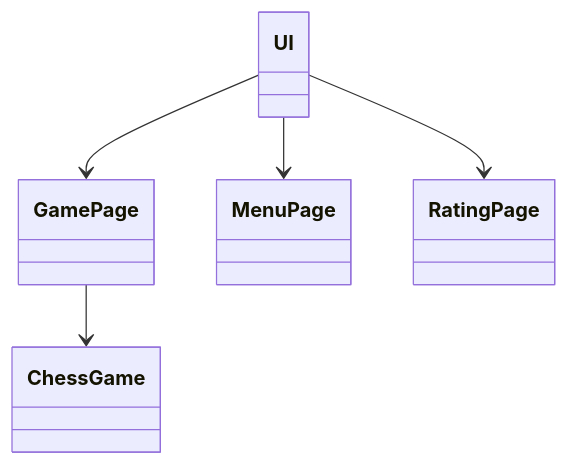
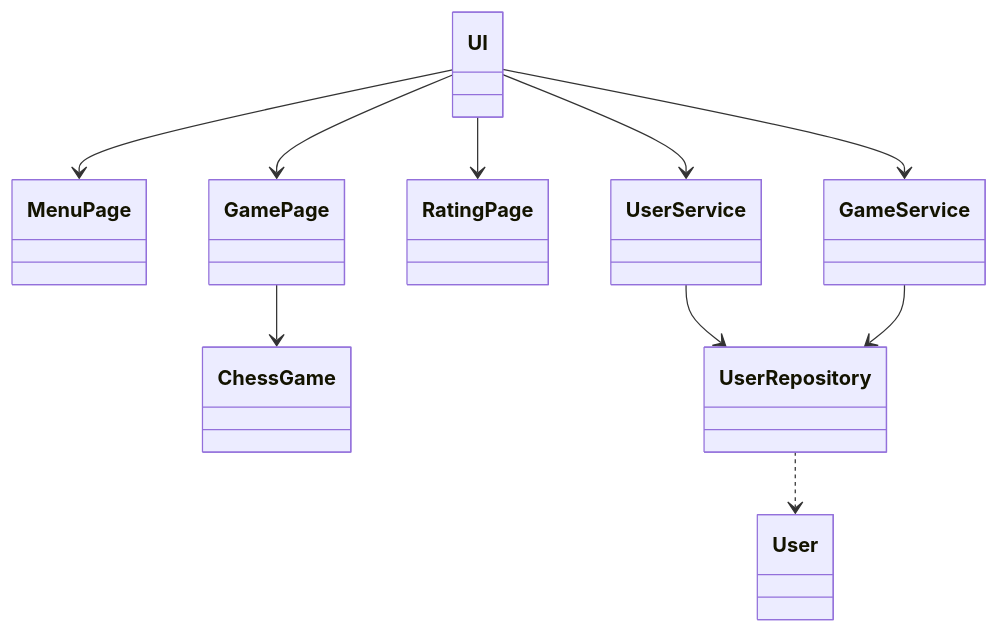
One commit to mattiaverio/ot-harjoitustyo changed the second of 3 diagrams in dokumentaatio/arkkitehtuuri.md. Above: the diagram before and after it, drawn with Mermaid. The commit also changed other lines of this file, not shown here.

````diff
--- a/dokumentaatio/arkkitehtuuri.md
+++ b/dokumentaatio/arkkitehtuuri.md
@@ -28,7 +28,16 @@
 ```mermaid
 classDiagram
+    UI --> MenuPage
     UI --> GamePage
-    UI --> MenuPage
     UI --> RatingPage
+    
+    UI --> UserService
+    UI --> GameService
+
     GamePage --> ChessGame
+
+    UserService --> UserRepository
+    GameService --> UserRepository
+
+    UserRepository ..> User
 ```
````
